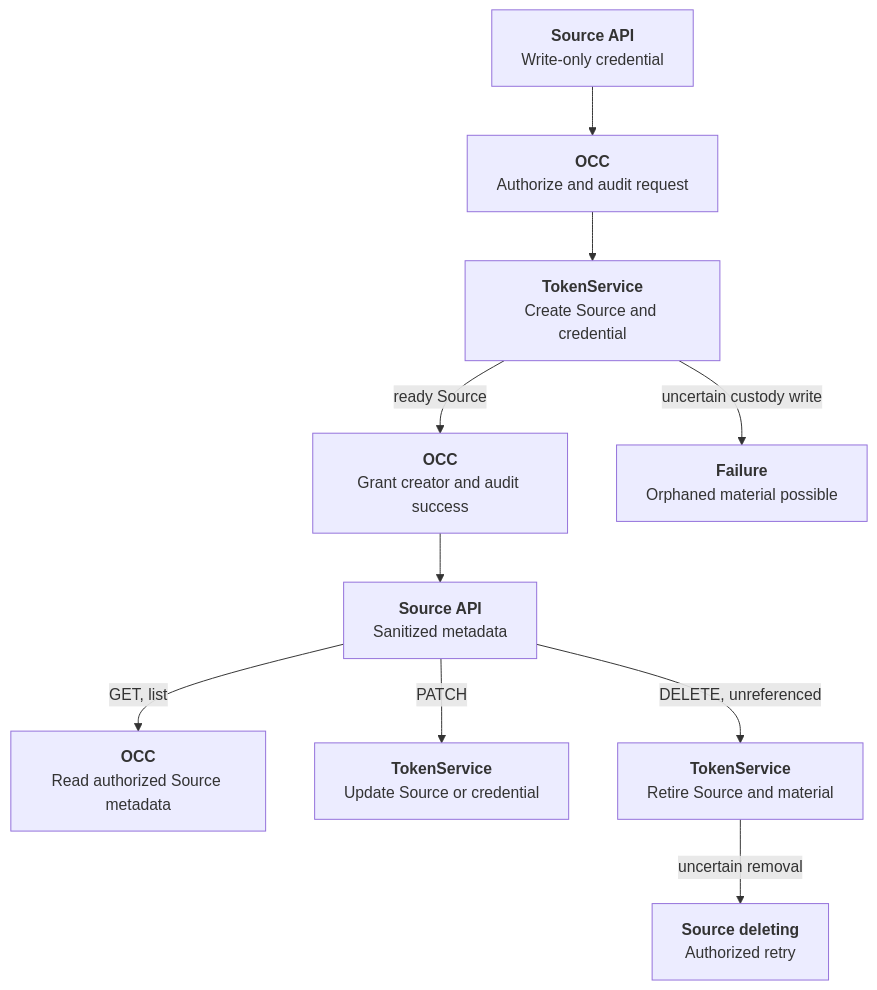
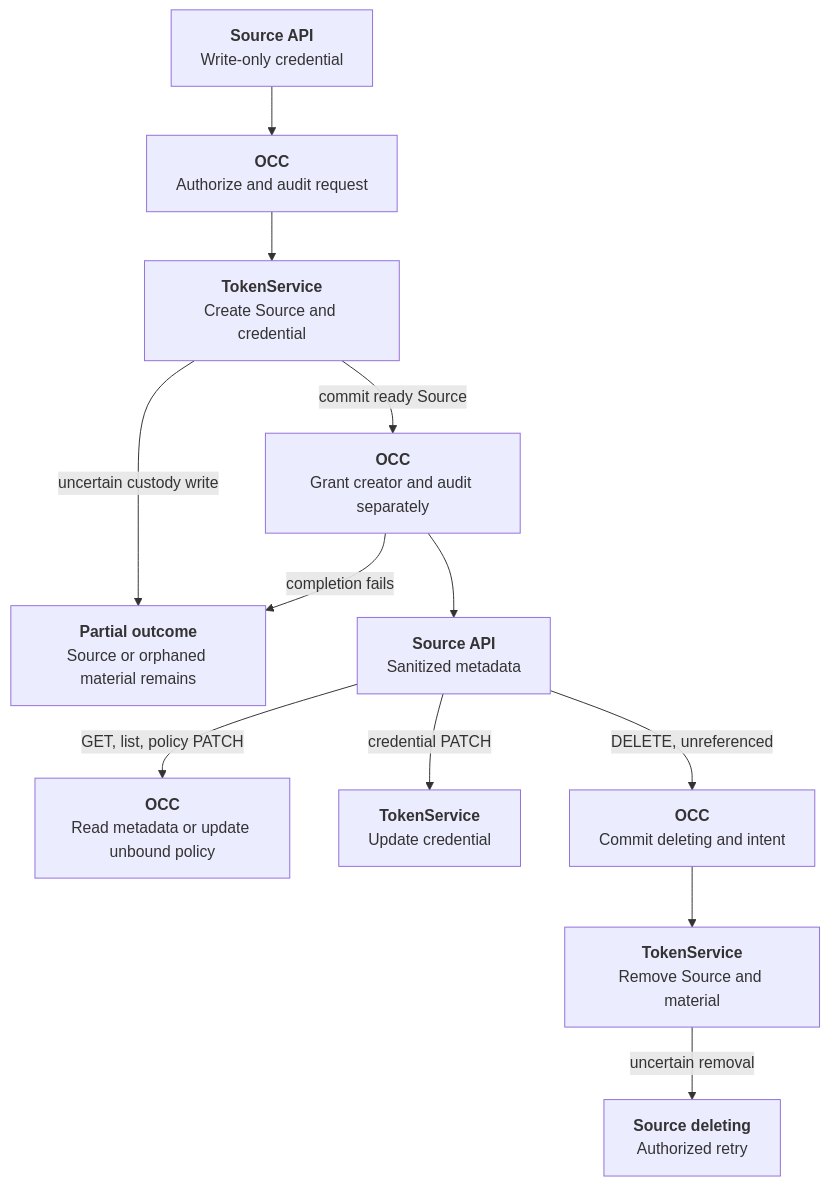
The diagram in docs/flows/token-service-static-custody.md (openclaw/openclaw-enterprise), drawn with Mermaid before and after one commit. The commit also changed other lines of this file and 16 other files, not shown here.

Commit message:
Let TokenService commit credential lifecycle operations independently

````diff
--- a/docs/flows/token-service-static-custody.md
+++ b/docs/flows/token-service-static-custody.md
@@ -24,12 +24,14 @@
 ```mermaid
 graph TD
   A["<b>Source API</b><br/>Write-only credential"] --> B["<b>OCC</b><br/>Authorize and audit request"]
   B --> C["<b>TokenService</b><br/>Create Source and credential"]
-  C -->|ready Source| D["<b>OCC</b><br/>Grant creator and audit success"]
-  C -->|uncertain custody write| E["<b>Failure</b><br/>Orphaned material possible"]
+  C -->|commit ready Source| D["<b>OCC</b><br/>Grant creator and audit separately"]
+  C -->|uncertain custody write| E["<b>Partial outcome</b><br/>Source or orphaned material remains"]
   D --> F["<b>Source API</b><br/>Sanitized metadata"]
-  F -->|GET, list| J["<b>OCC</b><br/>Read authorized Source metadata"]
-  F -->|PATCH| G["<b>TokenService</b><br/>Update Source or credential"]
-  F -->|DELETE, unreferenced| H["<b>TokenService</b><br/>Retire Source and material"]
+  D -->|completion fails| E
+  F -->|GET, list, policy PATCH| J["<b>OCC</b><br/>Read metadata or update unbound policy"]
+  F -->|credential PATCH| G["<b>TokenService</b><br/>Update credential"]
+  F -->|DELETE, unreferenced| K["<b>OCC</b><br/>Commit deleting and intent"]
+  K --> H["<b>TokenService</b><br/>Remove Source and material"]
   H -->|uncertain removal| I["<b>Source deleting</b><br/>Authorized retry"]
 ```
````
